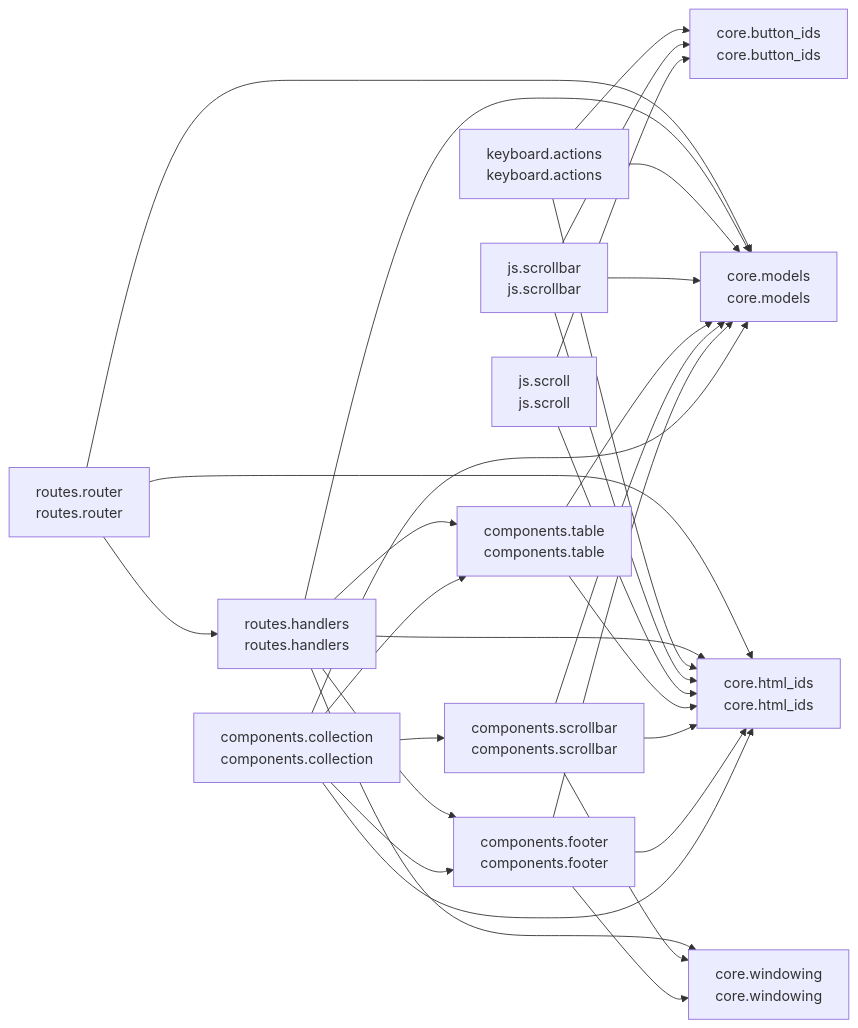
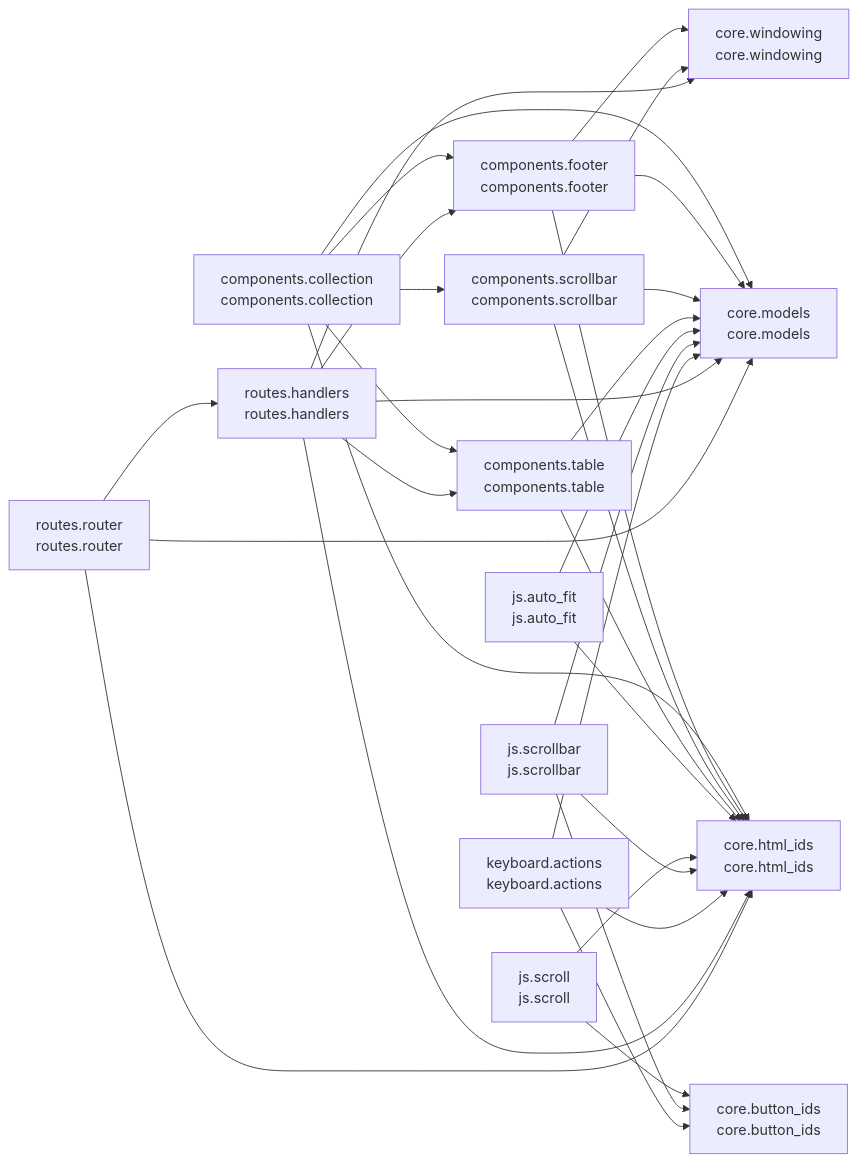
Before and after one commit to cj-mills/cjm-fasthtml-virtual-collection: the diagram in README.md, drawn with Mermaid. The commit also changed other lines of this file and 5 other files, not shown here.

Commit message:
Add Phase 6 viewport-fit integration with ResizeObserver-driven auto-fit for dynamic row count.

````diff
--- a/README.md
+++ b/README.md
@@ -38,46 +39,49 @@
 ``` mermaid
 graph LR
     components_collection[components.collection<br/>components.collection]
     components_footer[components.footer<br/>components.footer]
     components_scrollbar[components.scrollbar<br/>components.scrollbar]
     components_table[components.table<br/>components.table]
     core_button_ids[core.button_ids<br/>core.button_ids]
     core_html_ids[core.html_ids<br/>core.html_ids]
     core_models[core.models<br/>core.models]
     core_windowing[core.windowing<br/>core.windowing]
+    js_auto_fit[js.auto_fit<br/>js.auto_fit]
     js_scroll[js.scroll<br/>js.scroll]
     js_scrollbar[js.scrollbar<br/>js.scrollbar]
     keyboard_actions[keyboard.actions<br/>keyboard.actions]
     routes_handlers[routes.handlers<br/>routes.handlers]
     routes_router[routes.router<br/>routes.router]
 
     components_collection --> core_models
+    components_collection --> components_footer
+    components_collection --> core_html_ids
     components_collection --> components_table
     components_collection --> components_scrollbar
-    components_collection --> components_footer
-    components_collection --> core_html_ids
     components_footer --> core_models
+    components_footer --> core_windowing
     components_footer --> core_html_ids
-    components_footer --> core_windowing
+    components_scrollbar --> core_models
     components_scrollbar --> core_windowing
-    components_scrollbar --> core_models
     components_scrollbar --> core_html_ids
     components_table --> core_models
     components_table --> core_html_ids
+    js_auto_fit --> core_models
+    js_auto_fit --> core_html_ids
     js_scroll --> core_button_ids
     js_scroll --> core_html_ids
+    js_scrollbar --> core_models
     js_scrollbar --> core_button_ids
     js_scrollbar --> core_html_ids
-    js_scrollbar --> core_models
+    keyboard_actions --> core_models
     keyboard_actions --> core_button_ids
     keyboard_actions --> core_html_ids
-    keyboard_actions --> core_models
+    routes_handlers --> core_windowing
     routes_handlers --> core_models
-    routes_handlers --> core_windowing
-    routes_handlers --> components_table
     routes_handlers --> components_footer
     routes_handlers --> core_html_ids
+    routes_handlers --> components_table
+    routes_router --> routes_handlers
     routes_router --> core_models
-    routes_router --> routes_handlers
     routes_router --> core_html_ids
 ```
````
